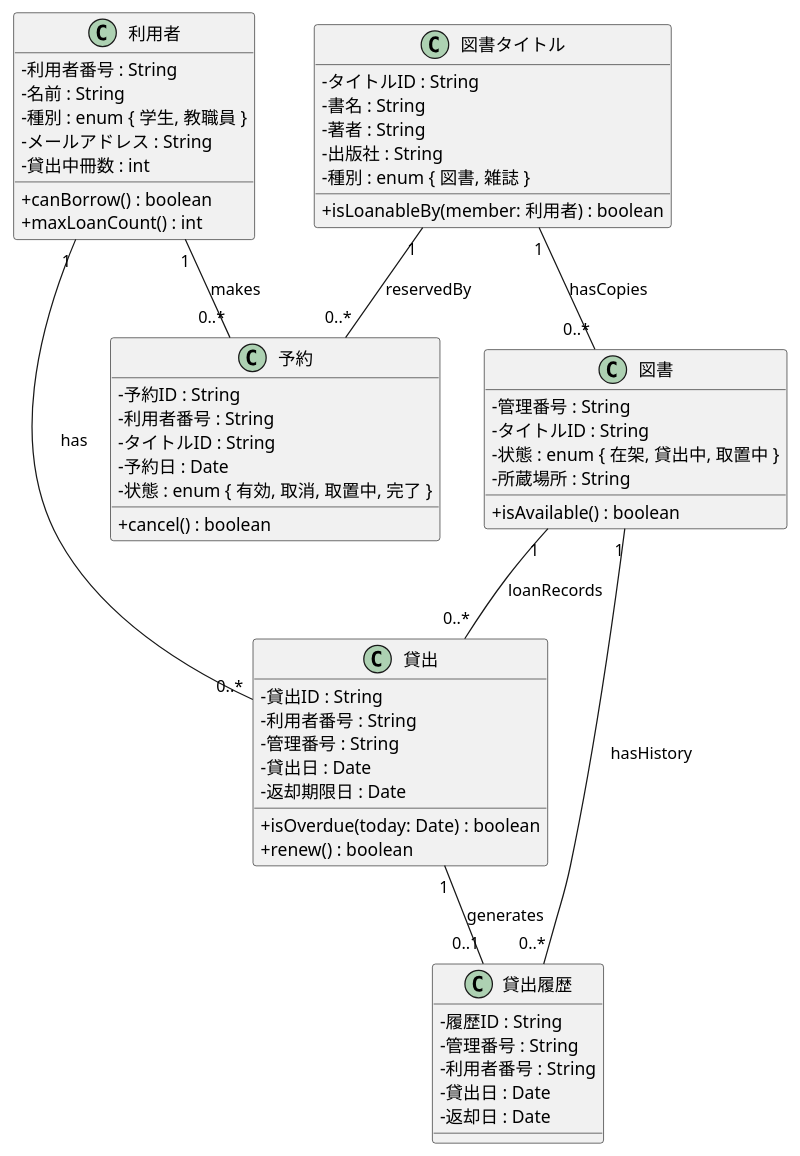
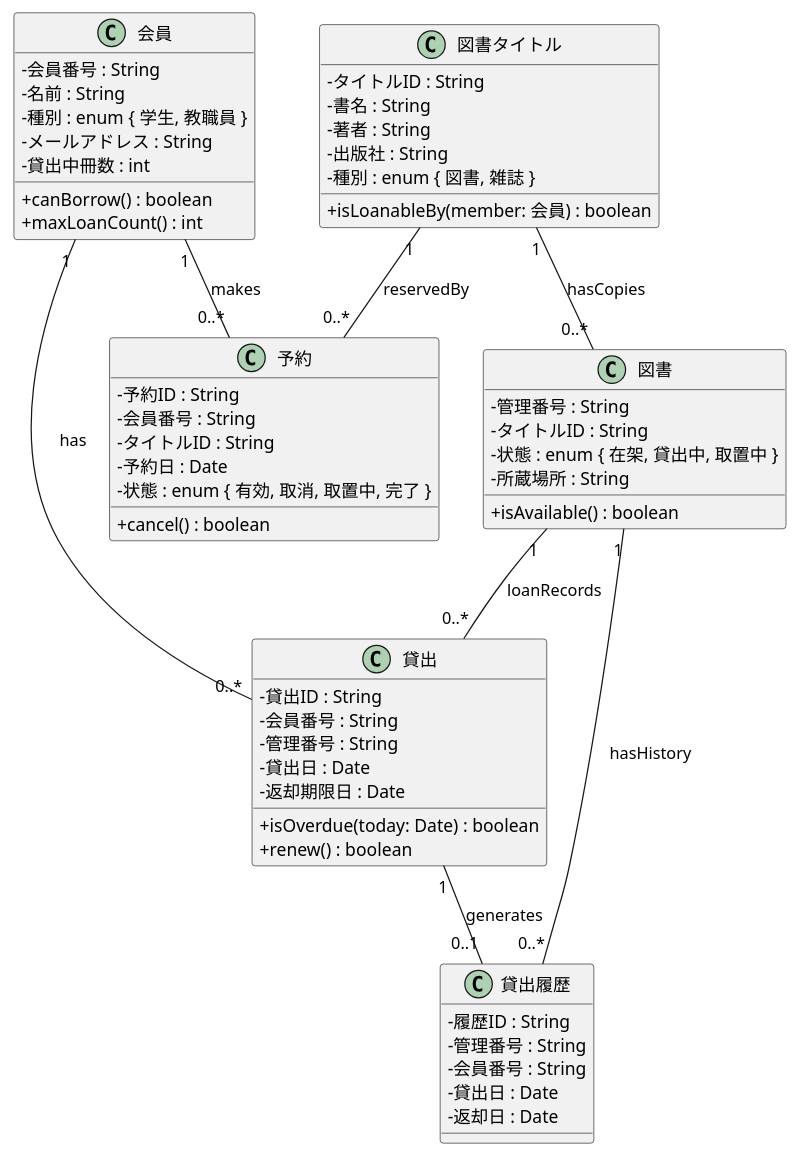
Before and after one commit to ghbuser12/ohara_uml: the diagram in kouka2_library/class.pu, drawn with PlantUML.

```diff
--- a/kouka2_library/class.pu
+++ b/kouka2_library/class.pu
@@ -1,68 +1,68 @@
 @startuml kouka2_library
 skinparam classAttributeIconSize 0
 
-class 利用者 {
-  - 利用者番号 : String
+class 会員 {
+  - 会員番号 : String
   - 名前 : String
   - 種別 : enum { 学生, 教職員 }
   - メールアドレス : String
   - 貸出中冊数 : int
   + canBorrow() : boolean
   + maxLoanCount() : int
 }
 
 class 図書タイトル {
   - タイトルID : String
   - 書名 : String
   - 著者 : String
   - 出版社 : String
   - 種別 : enum { 図書, 雑誌 }
-  + isLoanableBy(member: 利用者) : boolean
+  + isLoanableBy(member: 会員) : boolean
 }
 
 class 図書 {
   ' 本1冊を表す（所蔵単位）
   - 管理番号 : String
   - タイトルID : String
   - 状態 : enum { 在架, 貸出中, 取置中 }
   - 所蔵場所 : String
   + isAvailable() : boolean
 }
 
 class 貸出 {
   - 貸出ID : String
-  - 利用者番号 : String
+  - 会員番号 : String
   - 管理番号 : String
   - 貸出日 : Date
   - 返却期限日 : Date
   + isOverdue(today: Date) : boolean
   + renew() : boolean
 }
 
 class 予約 {
   - 予約ID : String
-  - 利用者番号 : String
+  - 会員番号 : String
   - タイトルID : String
   - 予約日 : Date
   - 状態 : enum { 有効, 取消, 取置中, 完了 }
   + cancel() : boolean
 }
 
 class 貸出履歴 {
   - 履歴ID : String
   - 管理番号 : String
-  - 利用者番号 : String
+  - 会員番号 : String
   - 貸出日 : Date
   - 返却日 : Date
 }
 
 ' 関連
-利用者 "1" -- "0..*" 貸出 : has
-利用者 "1" -- "0..*" 予約 : makes
+会員 "1" -- "0..*" 貸出 : has
+会員 "1" -- "0..*" 予約 : makes
 図書タイトル "1" -- "0..*" 図書 : hasCopies
 図書タイトル "1" -- "0..*" 予約 : reservedBy
 図書 "1" -- "0..*" 貸出 : loanRecords
 図書 "1" -- "0..*" 貸出履歴 : hasHistory
 貸出 "1" -- "0..1" 貸出履歴 : generates
 
 @enduml
```
